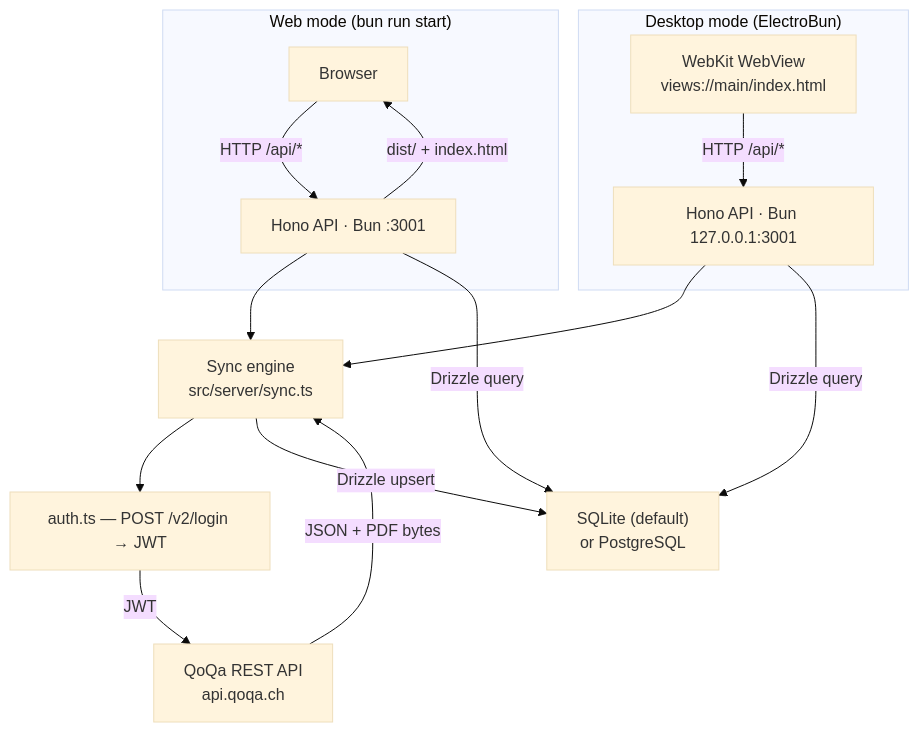
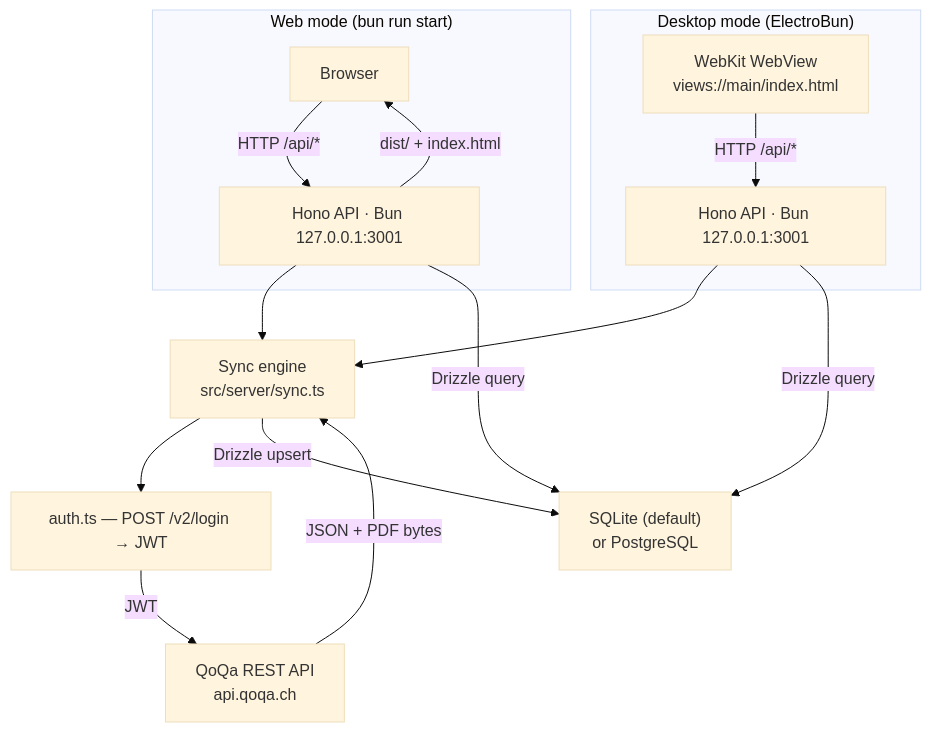
Before and after one commit to nyg/qoqa-compta: the diagram in docs/architecture.md, drawn with Mermaid (base theme). The commit also changed other lines of this file and 4 other files, not shown here.

````diff
--- a/docs/architecture.md
+++ b/docs/architecture.md
@@ -21,29 +21,29 @@
 ```mermaid
 flowchart TD
     subgraph WEB["Web mode (bun run start)"]
         Browser["Browser"]
-        HonoWeb["Hono API · Bun :3001"]
+        HonoWeb["Hono API · Bun 127.0.0.1:3001"]
         Browser -->|"HTTP /api/*"| HonoWeb
         HonoWeb -->|"dist/ + index.html"| Browser
     end
 
     subgraph DESKTOP["Desktop mode (ElectroBun)"]
         WebView["WebKit WebView\nviews://main/index.html"]
         HonoDesk["Hono API · Bun 127.0.0.1:3001"]
         WebView -->|"HTTP /api/*"| HonoDesk
     end
 
     Sync["Sync engine\nsrc/server/sync.ts"]
     Auth["auth.ts — POST /v2/login → JWT"]
     QoqaAPI["QoQa REST API\napi.qoqa.ch"]
     DB["SQLite (default)\nor PostgreSQL"]
 
     HonoWeb --> Sync
     HonoDesk --> Sync
     Sync --> Auth
     Auth -->|JWT| QoqaAPI
     QoqaAPI -->|"JSON + PDF bytes"| Sync
     Sync -->|Drizzle upsert| DB
     HonoWeb -->|Drizzle query| DB
     HonoDesk -->|Drizzle query| DB
 ```
````
